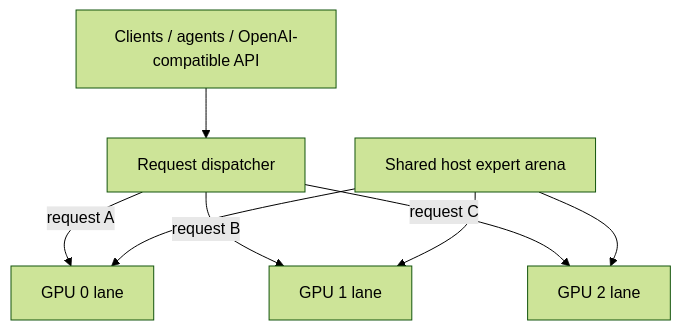
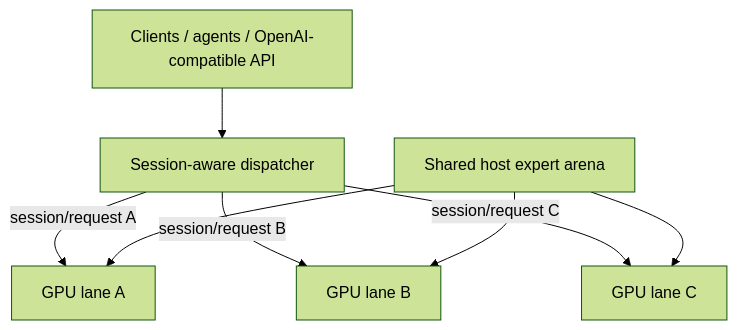
The diagram in README.md (rhgo1749/qwen3.8-flash-next-strata-3x5070ti-recipe), drawn with Mermaid (forest theme) before and after one commit. The commit also changed other lines of this file and 3 other files, not shown here.

First line of the commit message:
docs: move recipe main to post-paper session-aware scheduler head

````diff
--- a/README.md
+++ b/README.md
@@ -16,10 +24,10 @@
 ```mermaid
 flowchart TB
-    C[Clients / agents / OpenAI-compatible API] --> D[Request dispatcher]
-    D -->|request A| G0[GPU 0 lane]
-    D -->|request B| G1[GPU 1 lane]
-    D -->|request C| G2[GPU 2 lane]
+    C[Clients / agents / OpenAI-compatible API] --> D[Session-aware dispatcher]
+    D -->|session/request A| G0[GPU lane A]
+    D -->|session/request B| G1[GPU lane B]
+    D -->|session/request C| G2[GPU lane C]
     E[Shared host expert arena] --> G0
     E --> G1
     E --> G2
 ```
````
